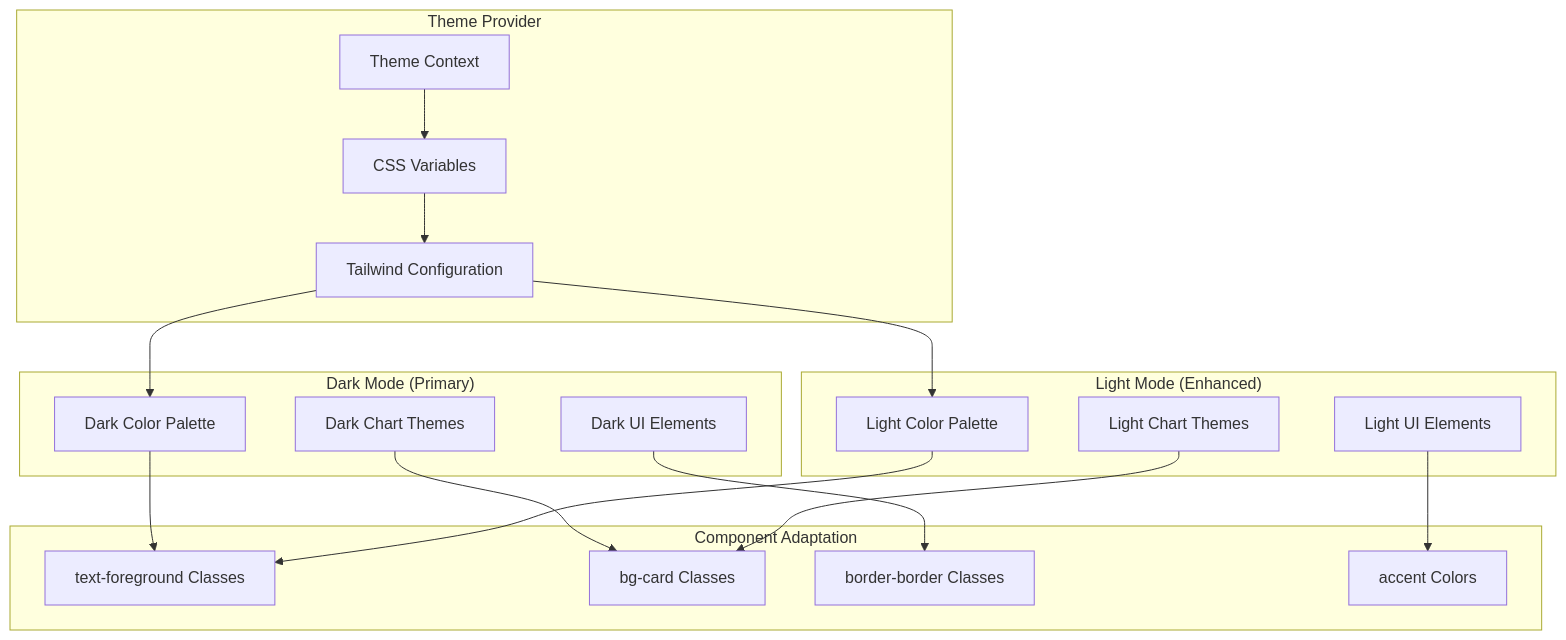
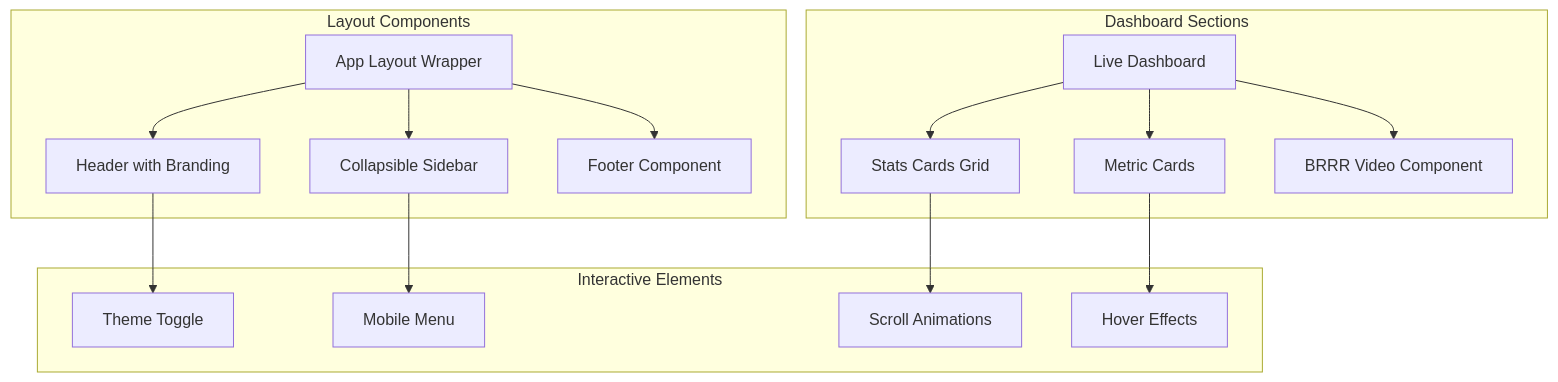
Before and after one commit to oxnr/picotop: the fifth of 10 diagrams in ARCHITECTURE.md, drawn with Mermaid. The commit also changed other lines of this file and 34 other files, not shown here.

First line of the commit message:
feat: Complete Picojeet enhanced Bitcoin chart and documentation checkpoint

````diff
--- a/ARCHITECTURE.md
+++ b/ARCHITECTURE.md
@@ -193,40 +161,36 @@
 ```mermaid
 graph TB
-    subgraph "Theme Provider"
-        ThemeContext[Theme Context]
-        CSSVariables[CSS Variables]
-        TailwindConfig[Tailwind Configuration]
+    subgraph "Layout Components"
+        AppLayout[App Layout Wrapper]
+        Header[Header with Branding]
+        Sidebar[Collapsible Sidebar]
+        Footer[Footer Component]
     end
     
-    subgraph "Dark Mode (Primary)"
-        DarkColors[Dark Color Palette]
-        DarkCharts[Dark Chart Themes]
-        DarkUI[Dark UI Elements]
+    subgraph "Dashboard Sections"
+        LiveDashboard[Live Dashboard]
+        StatsCards[Stats Cards Grid]
+        MetricCards[Metric Cards]
+        BRRRVideo[BRRR Video Component]
     end
     
-    subgraph "Light Mode (Enhanced)"
-        LightColors[Light Color Palette]
-        LightCharts[Light Chart Themes]
-        LightUI[Light UI Elements]
+    subgraph "Interactive Elements"
+        ThemeToggle[Theme Toggle]
+        MobileMenu[Mobile Menu]
+        ScrollAnimations[Scroll Animations]
+        HoverEffects[Hover Effects]
     end
     
-    subgraph "Component Adaptation"
-        TextForeground[text-foreground Classes]
-        BackgroundCard[bg-card Classes]
-        BorderColors[border-border Classes]
-        AccentColors[accent Colors]
-    end
+    AppLayout --> Header
+    AppLayout --> Sidebar
+    AppLayout --> Footer
     
-    ThemeContext --> CSSVariables
-    CSSVariables --> TailwindConfig
+    LiveDashboard --> StatsCards
+    LiveDashboard --> MetricCards
+    LiveDashboard --> BRRRVideo
     
-    TailwindConfig --> DarkColors
-    TailwindConfig --> LightColors
-    
-    DarkColors --> TextForeground
-    LightColors --> TextForeground
-    DarkCharts --> BackgroundCard
-    LightCharts --> BackgroundCard
-    DarkUI --> BorderColors
-    LightUI --> AccentColors
+    Header --> ThemeToggle
+    Sidebar --> MobileMenu
+    StatsCards --> ScrollAnimations
+    MetricCards --> HoverEffects
 ```
````
